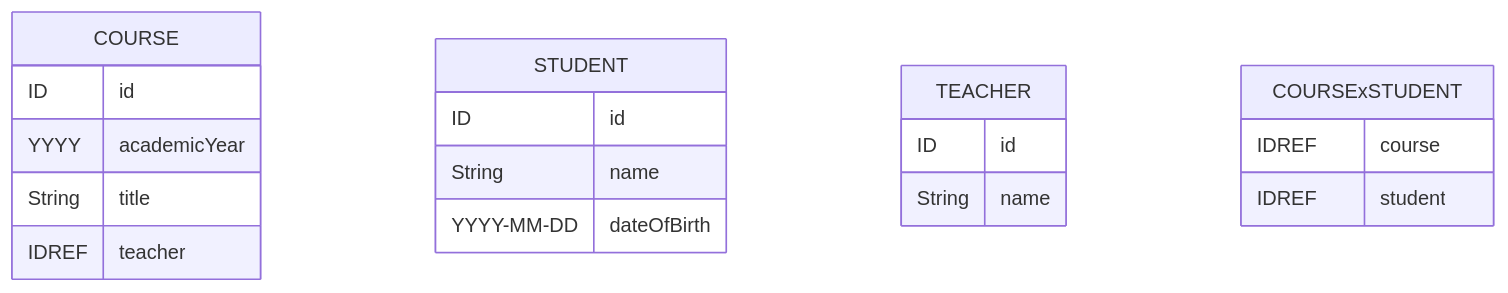
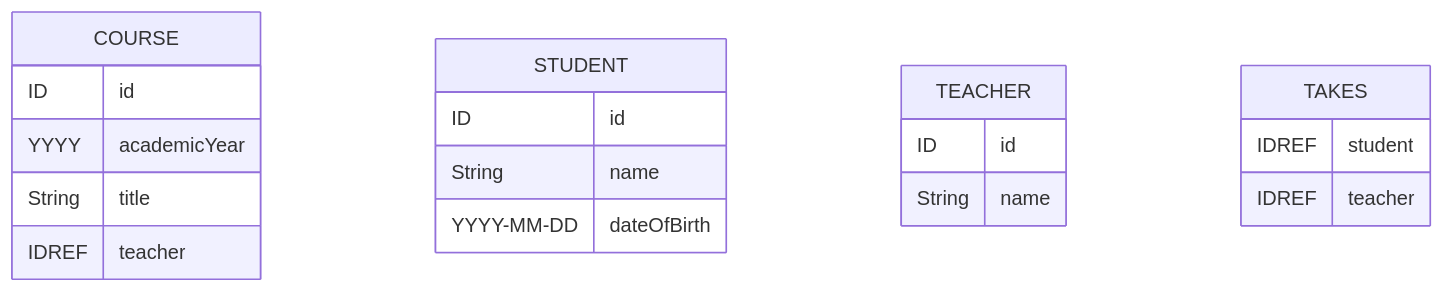
Before and after one commit to conmaol/maglocunus: the seventh of 7 diagrams in d/data_models.md, drawn with Mermaid. The commit also changed other lines of this file, not shown here.

````diff
--- a/d/data_models.md
+++ b/d/data_models.md
@@ -304,23 +302,22 @@
 ```mermaid
 erDiagram
     COURSE {
       ID id
       YYYY academicYear
       String title
       IDREF teacher
     }
     STUDENT {
         ID id
         String name
         YYYY-MM-DD dateOfBirth
     }
     TEACHER {
         ID id
         String name
     }
-
-    COURSExSTUDENT {
-      IDREF course
+    TAKES {
       IDREF student
+      IDREF teacher
     }
 ```
````
